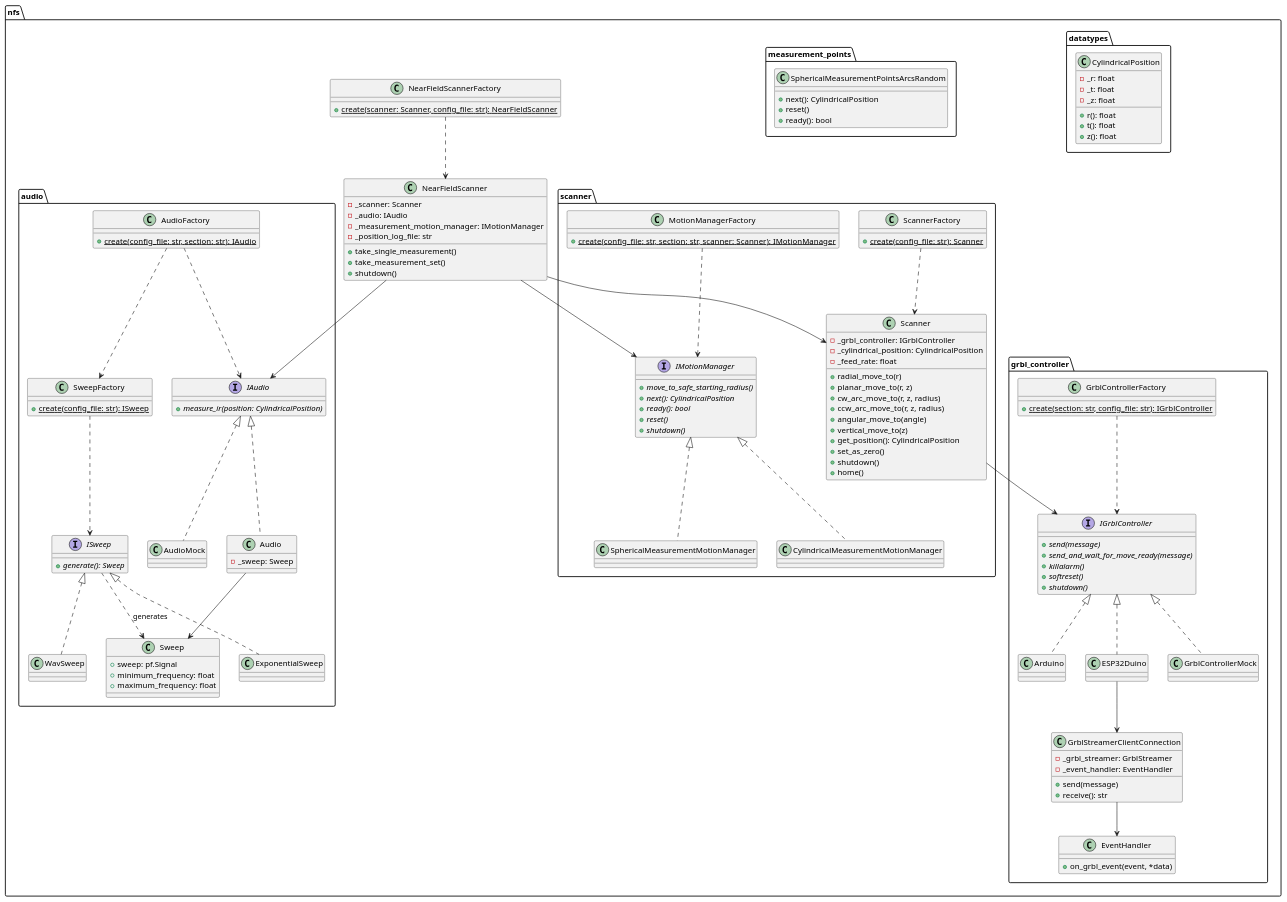
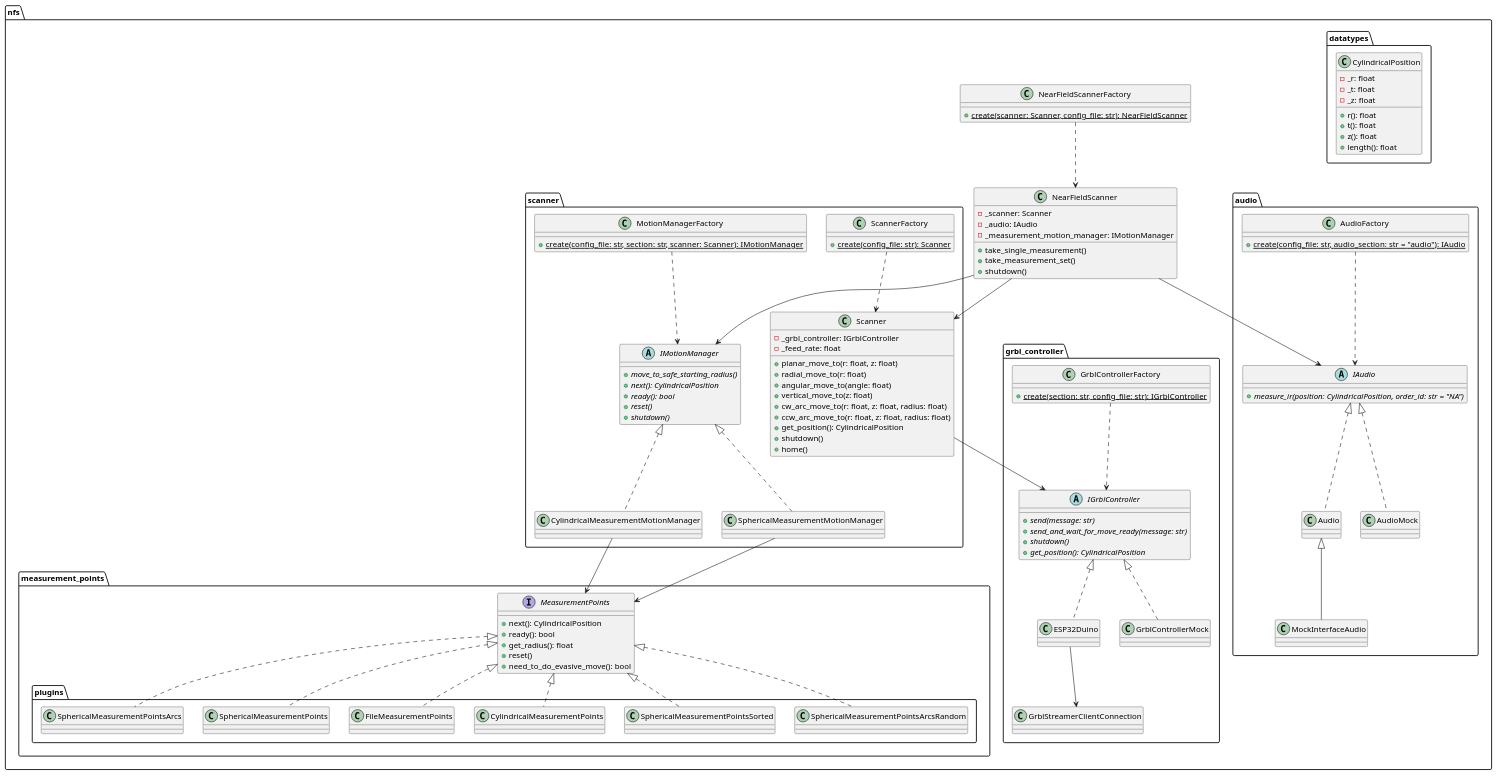
The diagram in Documents/GeneratedClassDiagram.puml (TomKamphuys/NFS), drawn with PlantUML before and after one commit. The commit also changed 1 other file, not shown here.

Commit message:
updated class diagram

```diff
--- a/Documents/GeneratedClassDiagram.puml
+++ b/Documents/GeneratedClassDiagram.puml
@@ -1,162 +1,146 @@
 @startuml
 
 package "nfs" {
 
     class NearFieldScanner {
         - _scanner: Scanner
         - _audio: IAudio
         - _measurement_motion_manager: IMotionManager
-        - _position_log_file: str
         + take_single_measurement()
         + take_measurement_set()
         + shutdown()
     }
 
     class NearFieldScannerFactory {
         {static} + create(scanner: Scanner, config_file: str): NearFieldScanner
     }
 
     package "scanner" {
         class Scanner {
             - _grbl_controller: IGrblController
-            - _cylindrical_position: CylindricalPosition
             - _feed_rate: float
-            + radial_move_to(r)
-            + planar_move_to(r, z)
-            + cw_arc_move_to(r, z, radius)
-            + ccw_arc_move_to(r, z, radius)
-            + angular_move_to(angle)
-            + vertical_move_to(z)
+            + planar_move_to(r: float, z: float)
+            + radial_move_to(r: float)
+            + angular_move_to(angle: float)
+            + vertical_move_to(z: float)
+            + cw_arc_move_to(r: float, z: float, radius: float)
+            + ccw_arc_move_to(r: float, z: float, radius: float)
             + get_position(): CylindricalPosition
-            + set_as_zero()
             + shutdown()
             + home()
         }
 
-        class ScannerFactory {
-            {static} + create(config_file: str): Scanner
-        }
-
-        interface IMotionManager {
+        abstract class IMotionManager {
             + {abstract} move_to_safe_starting_radius()
             + {abstract} next(): CylindricalPosition
             + {abstract} ready(): bool
             + {abstract} reset()
             + {abstract} shutdown()
         }
 
+        class CylindricalMeasurementMotionManager
+        class SphericalMeasurementMotionManager
+
         class MotionManagerFactory {
             {static} + create(config_file: str, section: str, scanner: Scanner): IMotionManager
         }
 
-        class CylindricalMeasurementMotionManager
-        class SphericalMeasurementMotionManager
+        class ScannerFactory {
+            {static} + create(config_file: str): Scanner
+        }
     }
 
     package "grbl_controller" {
-        interface IGrblController {
-            + {abstract} send(message)
-            + {abstract} send_and_wait_for_move_ready(message)
-            + {abstract} killalarm()
-            + {abstract} softreset()
+        abstract class IGrblController {
+            + {abstract} send(message: str)
+            + {abstract} send_and_wait_for_move_ready(message: str)
             + {abstract} shutdown()
+            + {abstract} get_position(): CylindricalPosition
         }
 
+        class ESP32Duino
+        class GrblControllerMock
+        class GrblStreamerClientConnection
         class GrblControllerFactory {
             {static} + create(section: str, config_file: str): IGrblController
         }
+    }
 
-        class Arduino
-        class ESP32Duino
-        class GrblControllerMock
-
-        class GrblStreamerClientConnection {
-            - _grbl_streamer: GrblStreamer
-            - _event_handler: EventHandler
-            + send(message)
-            + receive(): str
+    package "audio" {
+        abstract class IAudio {
+            + {abstract} measure_ir(position: CylindricalPosition, order_id: str = "NA")
         }
 
-        class EventHandler {
-            + on_grbl_event(event, *data)
+        class Audio
+        class MockInterfaceAudio
+        class AudioMock
+
+        class AudioFactory {
+            {static} + create(config_file: str, audio_section: str = "audio"): IAudio
+        }
+    }
+
+    package "measurement_points" {
+        interface MeasurementPoints {
+            + next(): CylindricalPosition
+            + ready(): bool
+            + get_radius(): float
+            + reset()
+            + need_to_do_evasive_move(): bool
+        }
+
+        package "plugins" {
+            class CylindricalMeasurementPoints
+            class FileMeasurementPoints
+            class SphericalMeasurementPoints
+            class SphericalMeasurementPointsArcs
+            class SphericalMeasurementPointsArcsRandom
+            class SphericalMeasurementPointsSorted
         }
     }
 
     package "datatypes" {
         class CylindricalPosition {
             - _r: float
             - _t: float
             - _z: float
             + r(): float
             + t(): float
             + z(): float
+            + length(): float
         }
-    }
-
-    package "audio" {
-        interface IAudio {
-             + {abstract} measure_ir(position: CylindricalPosition)
-        }
-        class Audio {
-            - _sweep: Sweep
-        }
-        class AudioMock
-        class AudioFactory {
-            {static} + create(config_file: str, section: str): IAudio
-        }
-
-        interface ISweep {
-            + {abstract} generate(): Sweep
-        }
-        class Sweep {
-            + sweep: pf.Signal
-            + minimum_frequency: float
-            + maximum_frequency: float
-        }
-        class ExponentialSweep
-        class WavSweep
-        class SweepFactory {
-            {static} + create(config_file: str): ISweep
-        }
-    }
-
-    package "measurement_points" {
-         class SphericalMeasurementPointsArcsRandom {
-             + next(): CylindricalPosition
-             + reset()
-             + ready(): bool
-         }
     }
 }
 
+NearFieldScanner --> Scanner
 NearFieldScanner --> IAudio
 NearFieldScanner --> IMotionManager
-NearFieldScanner --> Scanner
 NearFieldScannerFactory ..> NearFieldScanner
 
 Scanner --> IGrblController
 ScannerFactory ..> Scanner
 
-IGrblController <|.. Arduino
 IGrblController <|.. ESP32Duino
 IGrblController <|.. GrblControllerMock
 ESP32Duino --> GrblStreamerClientConnection
-GrblStreamerClientConnection --> EventHandler
 GrblControllerFactory ..> IGrblController
 
 IMotionManager <|.. CylindricalMeasurementMotionManager
 IMotionManager <|.. SphericalMeasurementMotionManager
+CylindricalMeasurementMotionManager --> MeasurementPoints
+SphericalMeasurementMotionManager --> MeasurementPoints
 MotionManagerFactory ..> IMotionManager
 
 IAudio <|.. Audio
 IAudio <|.. AudioMock
+Audio <|-- MockInterfaceAudio
 AudioFactory ..> IAudio
-AudioFactory ..> SweepFactory
-Audio --> Sweep
 
-ISweep <|.. ExponentialSweep
-ISweep <|.. WavSweep
-ISweep ..> Sweep : generates
-SweepFactory ..> ISweep
+MeasurementPoints <|.. CylindricalMeasurementPoints
+MeasurementPoints <|.. FileMeasurementPoints
+MeasurementPoints <|.. SphericalMeasurementPoints
+MeasurementPoints <|.. SphericalMeasurementPointsArcs
+MeasurementPoints <|.. SphericalMeasurementPointsArcsRandom
+MeasurementPoints <|.. SphericalMeasurementPointsSorted
 
 @enduml
```
